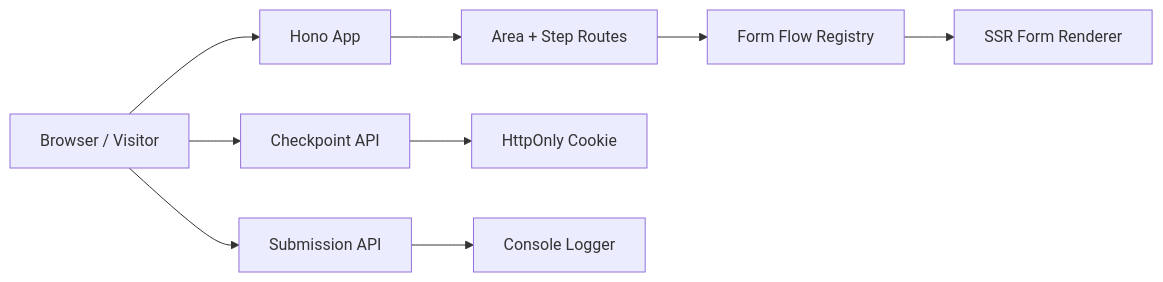
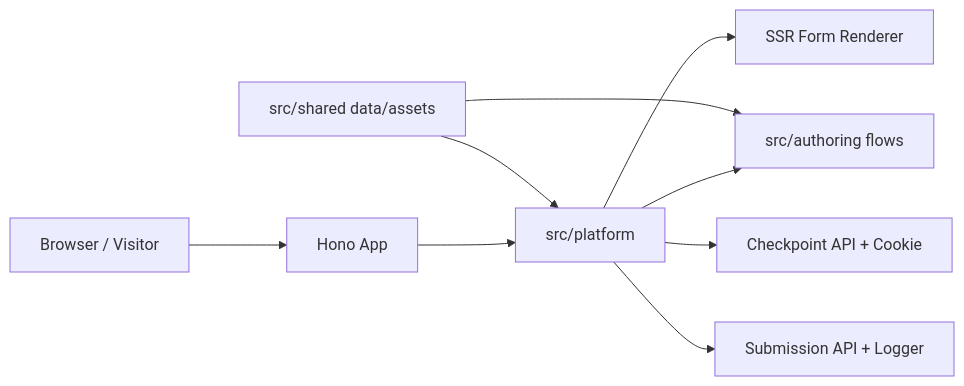
One commit to fassone/instant-forms changed the diagram in README.md. Above: the diagram before and after it, drawn with Mermaid. The commit also changed other lines of this file and 97 other files, not shown here.

````diff
--- a/README.md
+++ b/README.md
@@ -9,11 +9,11 @@
 ```mermaid
 flowchart LR
   Browser["Browser / Visitor"] --> Hono["Hono App"]
-  Hono --> Routes["Area + Step Routes"]
-  Routes --> Flow["Form Flow Registry"]
-  Flow --> Rendering["SSR Form Renderer"]
-  Browser --> Checkpoints["Checkpoint API"]
-  Checkpoints --> Cookie["HttpOnly Cookie"]
-  Browser --> Submissions["Submission API"]
-  Submissions --> Logger["Console Logger"]
+  Hono --> Platform["src/platform"]
+  Platform --> Authoring["src/authoring flows"]
+  Shared["src/shared data/assets"] --> Platform
+  Shared --> Authoring
+  Platform --> Rendering["SSR Form Renderer"]
+  Platform --> Checkpoints["Checkpoint API + Cookie"]
+  Platform --> Submissions["Submission API + Logger"]
 ```
````
